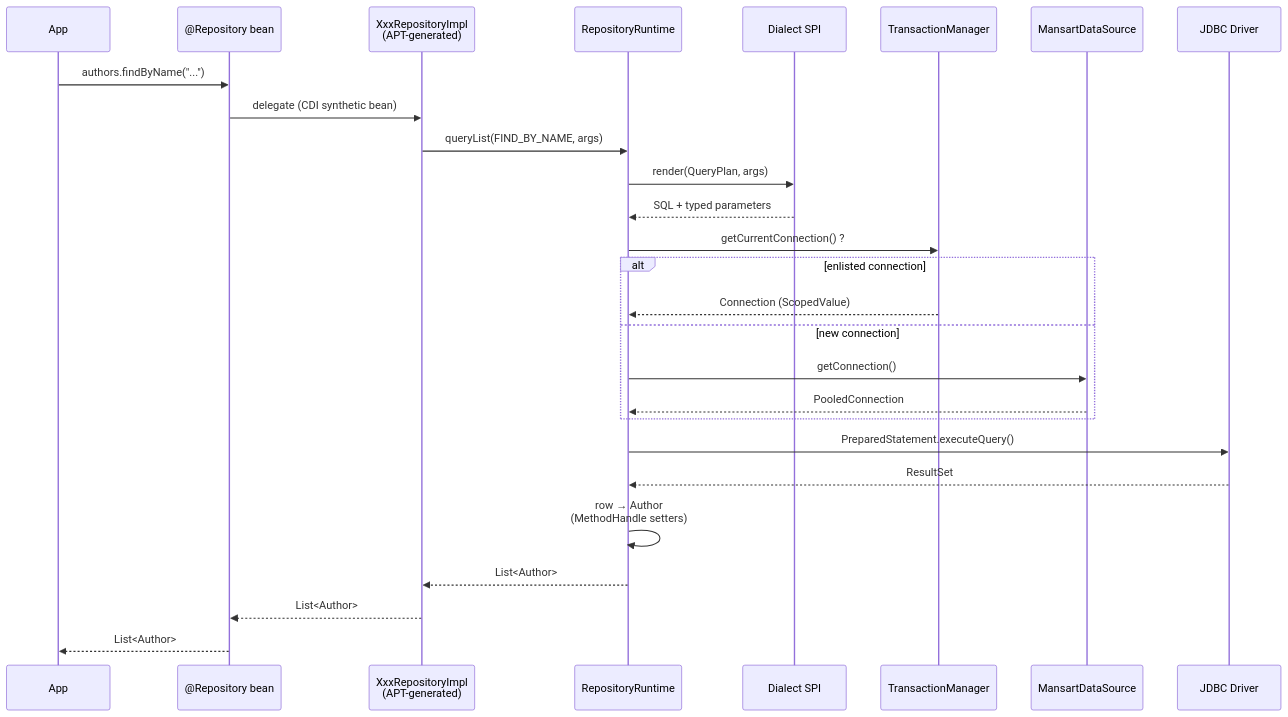
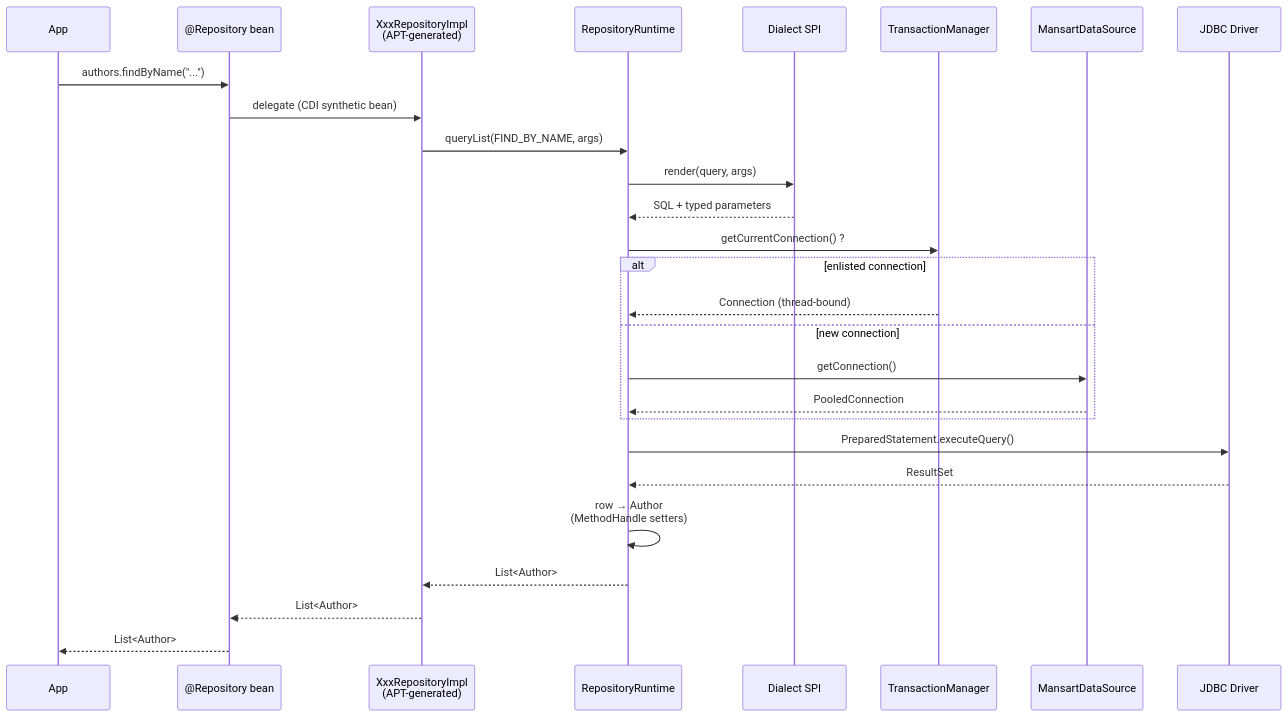
The first of 3 diagrams in docs/en/modules/ROOT/pages/internals.adoc (vidocq-stack/mansart), drawn with Mermaid before and after one commit. The commit also changed other lines of this file and 12 other files, not shown here.

```diff
--- a/docs/en/modules/ROOT/pages/internals.adoc
+++ b/docs/en/modules/ROOT/pages/internals.adoc
@@ -9,31 +9,31 @@
 [mermaid]
 ....
 sequenceDiagram
     participant App
     participant Bean as @Repository bean
     participant Impl as XxxRepositoryImpl<br/>(APT-generated)
     participant Runtime as RepositoryRuntime
     participant Dialect as Dialect SPI
     participant TX as TransactionManager
     participant Pool as MansartDataSource
     participant DB as JDBC Driver
 
     App->>Bean: authors.findByName("...")
     Bean->>Impl: delegate (CDI synthetic bean)
     Impl->>Runtime: queryList(FIND_BY_NAME, args)
-    Runtime->>Dialect: render(QueryPlan, args)
+    Runtime->>Dialect: render(query, args)
     Dialect-->>Runtime: SQL + typed parameters
     Runtime->>TX: getCurrentConnection() ?
     alt enlisted connection
-        TX-->>Runtime: Connection (ScopedValue)
+        TX-->>Runtime: Connection (thread-bound)
     else new connection
         Runtime->>Pool: getConnection()
         Pool-->>Runtime: PooledConnection
     end
     Runtime->>DB: PreparedStatement.executeQuery()
     DB-->>Runtime: ResultSet
     Runtime->>Runtime: row → Author<br/>(MethodHandle setters)
     Runtime-->>Impl: List<Author>
     Impl-->>Bean: List<Author>
     Bean-->>App: List<Author>
 ....
```
